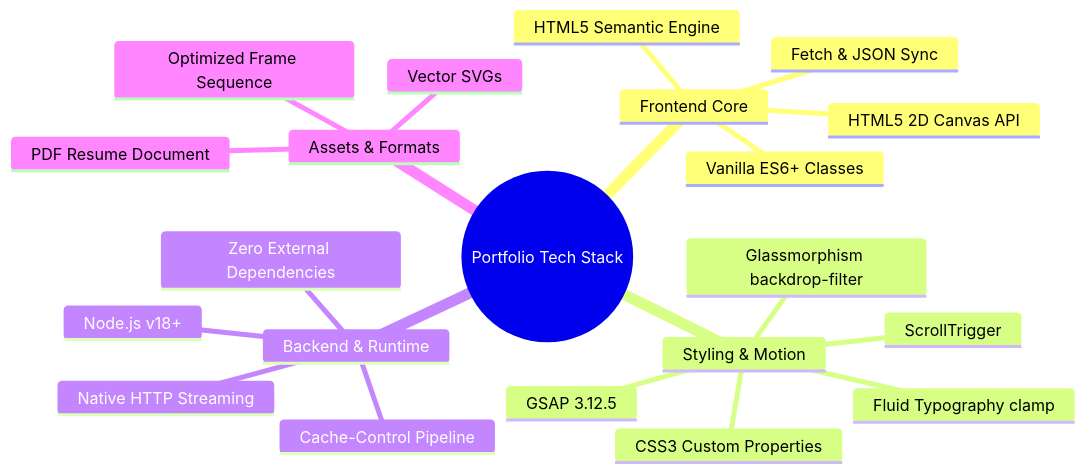
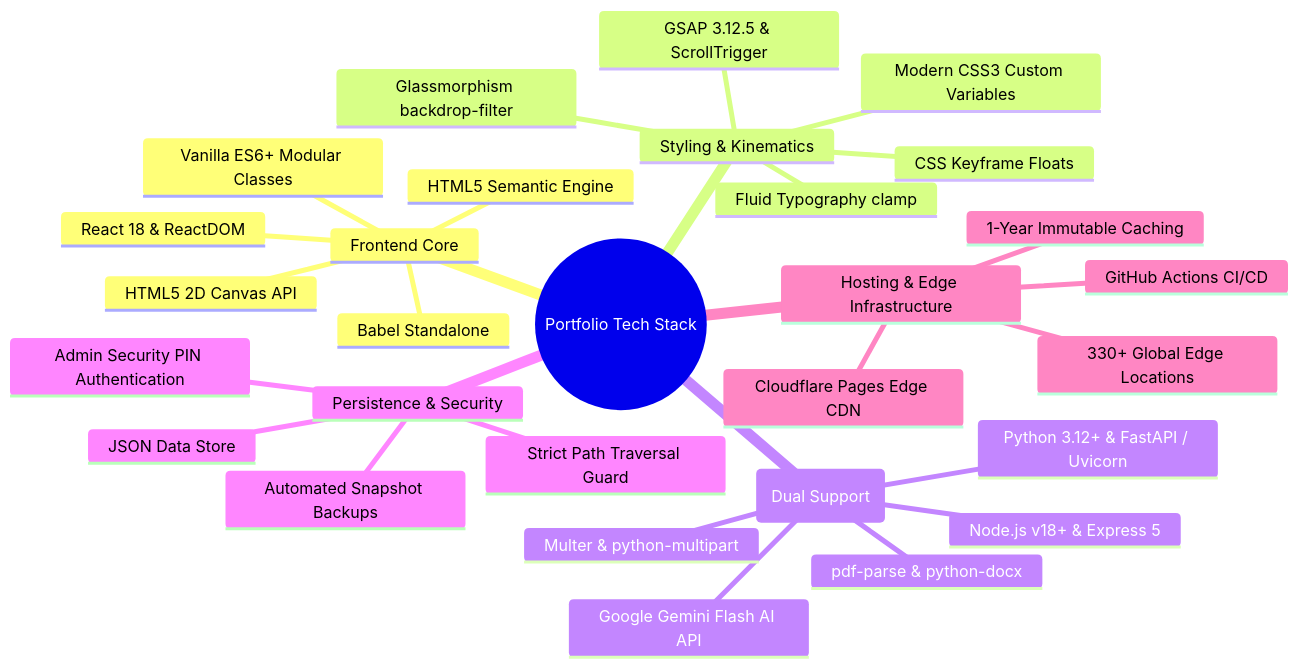
The first of 7 diagrams in README.md (alam292/Protfolio), drawn with Mermaid before and after one commit. The commit also changed other lines of this file, not shown here.

Commit message:
docs: update README with enhanced project highlights, architecture, and tech stack details

````diff
--- a/README.md
+++ b/README.md
@@ -84,24 +71,32 @@
 ```mermaid
 mindmap
   root((Portfolio Tech Stack))
     Frontend Core
       HTML5 Semantic Engine
-      Vanilla ES6+ Classes
+      Vanilla ES6+ Modular Classes
       HTML5 2D Canvas API
-      Fetch & JSON Sync
-    Styling & Motion
-      CSS3 Custom Properties
+      React 18 & ReactDOM
+      Babel Standalone
+    Styling & Kinematics
+      Modern CSS3 Custom Variables
       Glassmorphism backdrop-filter
       Fluid Typography clamp
-      GSAP 3.12.5
-      ScrollTrigger
-    Backend & Runtime
-      Node.js v18+
-      Native HTTP Streaming
-      Cache-Control Pipeline
-      Zero External Dependencies
-    Assets & Formats
-      Vector SVGs
-      Optimized Frame Sequence
-      PDF Resume Document
+      GSAP 3.12.5 & ScrollTrigger
+      CSS Keyframe Floats
+    Backend Runtimes (Dual Support)
+      Node.js v18+ & Express 5
+      Python 3.12+ & FastAPI / Uvicorn
+      Google Gemini Flash AI API
+      pdf-parse & python-docx
+      Multer & python-multipart
+    Persistence & Security
+      JSON Data Store
+      Automated Snapshot Backups
+      Admin Security PIN Authentication
+      Strict Path Traversal Guard
+    Hosting & Edge Infrastructure
+      Cloudflare Pages Edge CDN
+      330+ Global Edge Locations
+      GitHub Actions CI/CD
+      1-Year Immutable Caching
 ```
````
